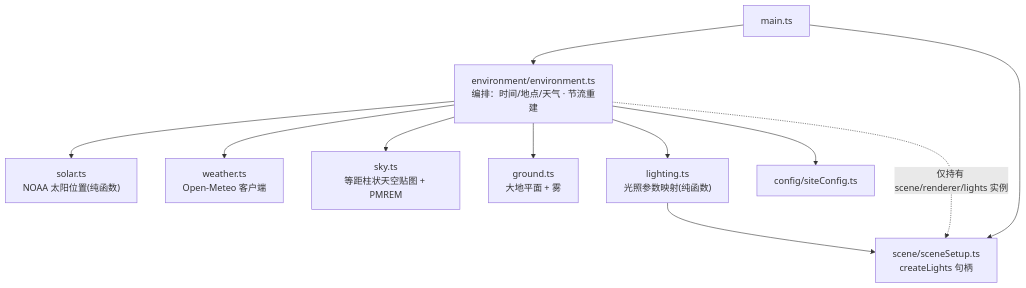
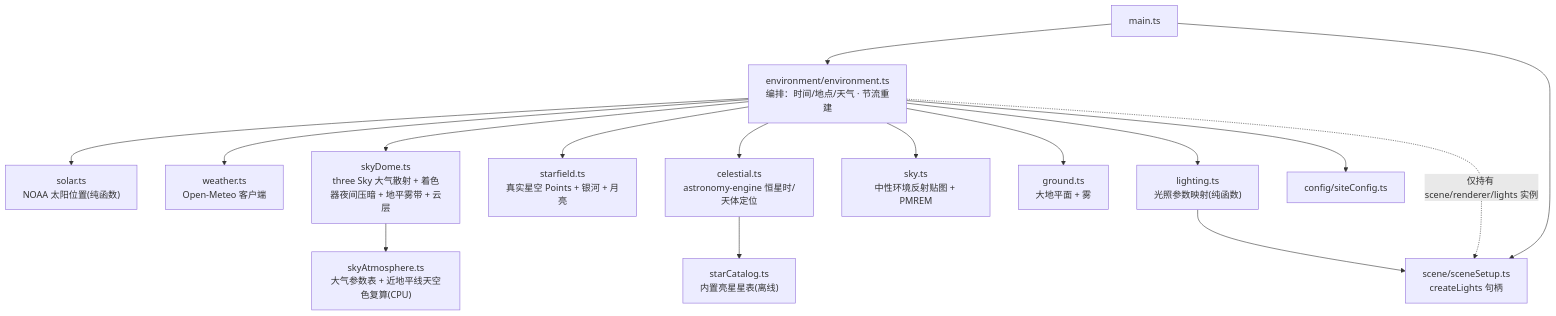
One commit to Jzice/three_house changed the fifth of 5 diagrams in docs/architecture.md. Above: the diagram before and after it, drawn with Mermaid. The commit also changed other lines of this file and 22 other files, not shown here.

````diff
--- a/docs/architecture.md
+++ b/docs/architecture.md
@@ -177,13 +177,18 @@
 ```mermaid
 graph TD
     M["main.ts"] --> EN["environment/environment.ts<br/>编排：时间/地点/天气 · 节流重建"]
     EN --> SO["solar.ts<br/>NOAA 太阳位置(纯函数)"]
     EN --> WE["weather.ts<br/>Open-Meteo 客户端"]
-    EN --> SK["sky.ts<br/>等距柱状天空贴图 + PMREM"]
+    EN --> SKY["skyDome.ts<br/>three Sky 大气散射 + 着色器夜间压暗 + 地平雾带 + 云层"]
+    SKY --> ATM["skyAtmosphere.ts<br/>大气参数表 + 近地平线天空色复算(CPU)"]
+    EN --> SF["starfield.ts<br/>真实星空 Points + 银河 + 月亮"]
+    EN --> CEL["celestial.ts<br/>astronomy-engine 恒星时/天体定位"]
+    EN --> SK["sky.ts<br/>中性环境反射贴图 + PMREM"]
     EN --> GR["ground.ts<br/>大地平面 + 雾"]
     EN --> LI["lighting.ts<br/>光照参数映射(纯函数)"]
     EN --> SI["config/siteConfig.ts"]
+    CEL --> CAT["starCatalog.ts<br/>内置亮星星表(离线)"]
     M --> SS["scene/sceneSetup.ts<br/>createLights 句柄"]
     LI --> SS
     EN -. 仅持有 scene/renderer/lights 实例 .-> SS
 ```
````
